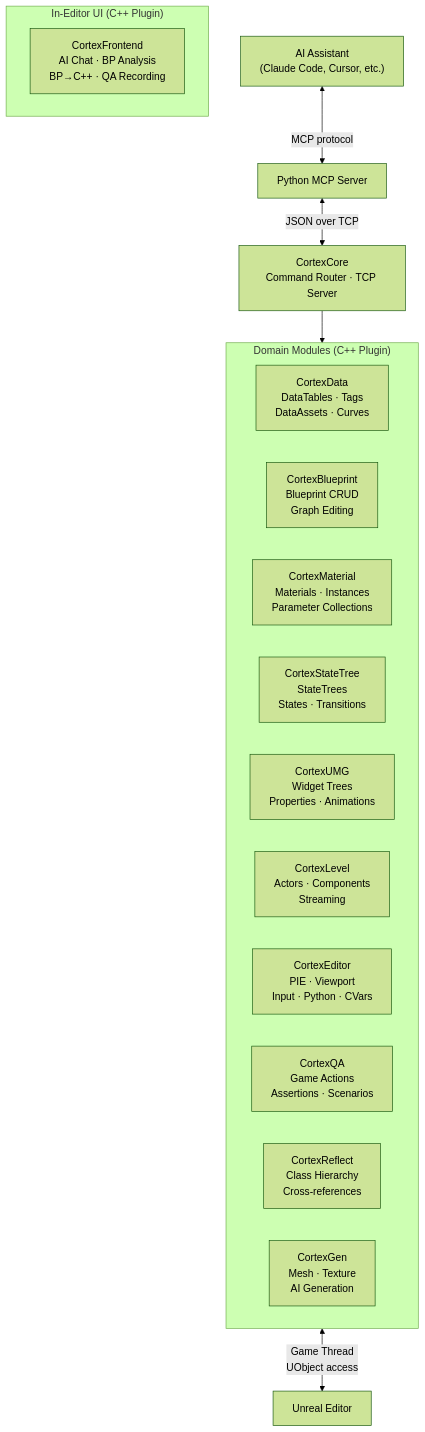
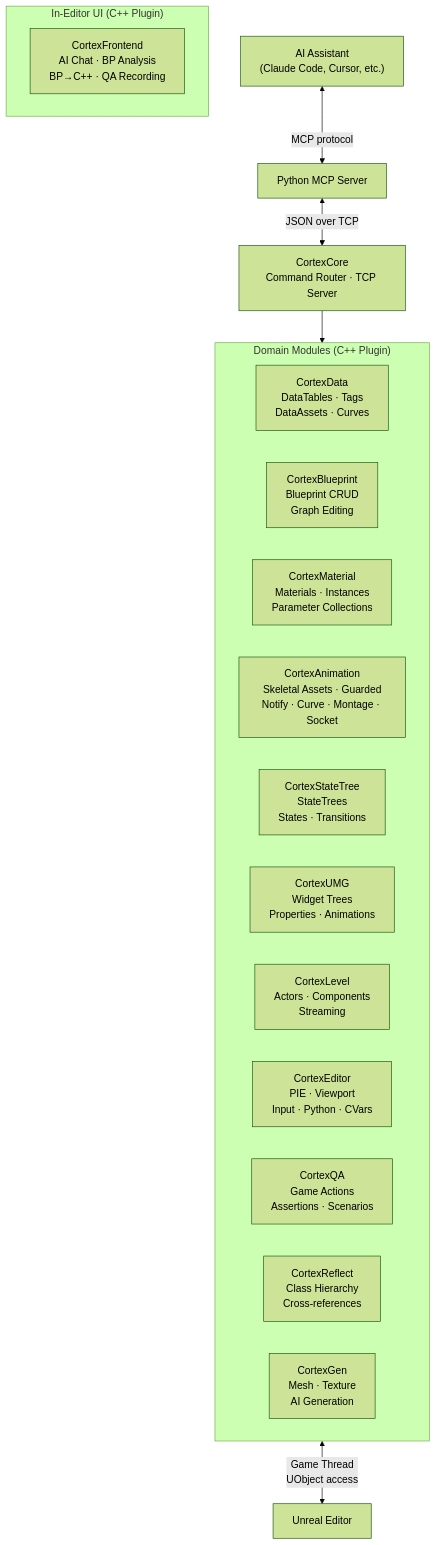
Before and after one commit to Boshchuk/UnrealCortex: the diagram in README.md, drawn with Mermaid (forest theme). The commit also changed other lines of this file, not shown here.

Commit message:
docs(animation): document phase b2 authoring

````diff
--- a/README.md
+++ b/README.md
@@ -235,31 +250,32 @@
 ```mermaid
 flowchart TB
     AI["AI Assistant<br/>(Claude Code, Cursor, etc.)"]
     MCP["Python MCP Server"]
     Core["CortexCore<br/>Command Router · TCP Server"]
 
     subgraph Modules["Domain Modules (C++ Plugin)"]
         direction LR
         Data["CortexData<br/>DataTables · Tags<br/>DataAssets · Curves"]
         BP["CortexBlueprint<br/>Blueprint CRUD<br/>Graph Editing"]
         Mat["CortexMaterial<br/>Materials · Instances<br/>Parameter Collections"]
+        Anim["CortexAnimation<br/>Skeletal Assets · Guarded<br/>Notify · Curve · Montage · Socket"]
         ST["CortexStateTree<br/>StateTrees<br/>States · Transitions"]
         UMG["CortexUMG<br/>Widget Trees<br/>Properties · Animations"]
         Level["CortexLevel<br/>Actors · Components<br/>Streaming"]
         Editor["CortexEditor<br/>PIE · Viewport<br/>Input · Python · CVars"]
         QA["CortexQA<br/>Game Actions<br/>Assertions · Scenarios"]
         Reflect["CortexReflect<br/>Class Hierarchy<br/>Cross-references"]
         Gen["CortexGen<br/>Mesh · Texture<br/>AI Generation"]
     end
 
     subgraph UI["In-Editor UI (C++ Plugin)"]
         Frontend["CortexFrontend<br/>AI Chat · BP Analysis<br/>BP→C++ · QA Recording"]
     end
 
     UE["Unreal Editor"]
 
     AI <-- "MCP protocol" --> MCP
     MCP <-- "JSON over TCP" --> Core
     Core --> Modules
     Modules <-- "Game Thread<br/>UObject access" --> UE
 ```
````
